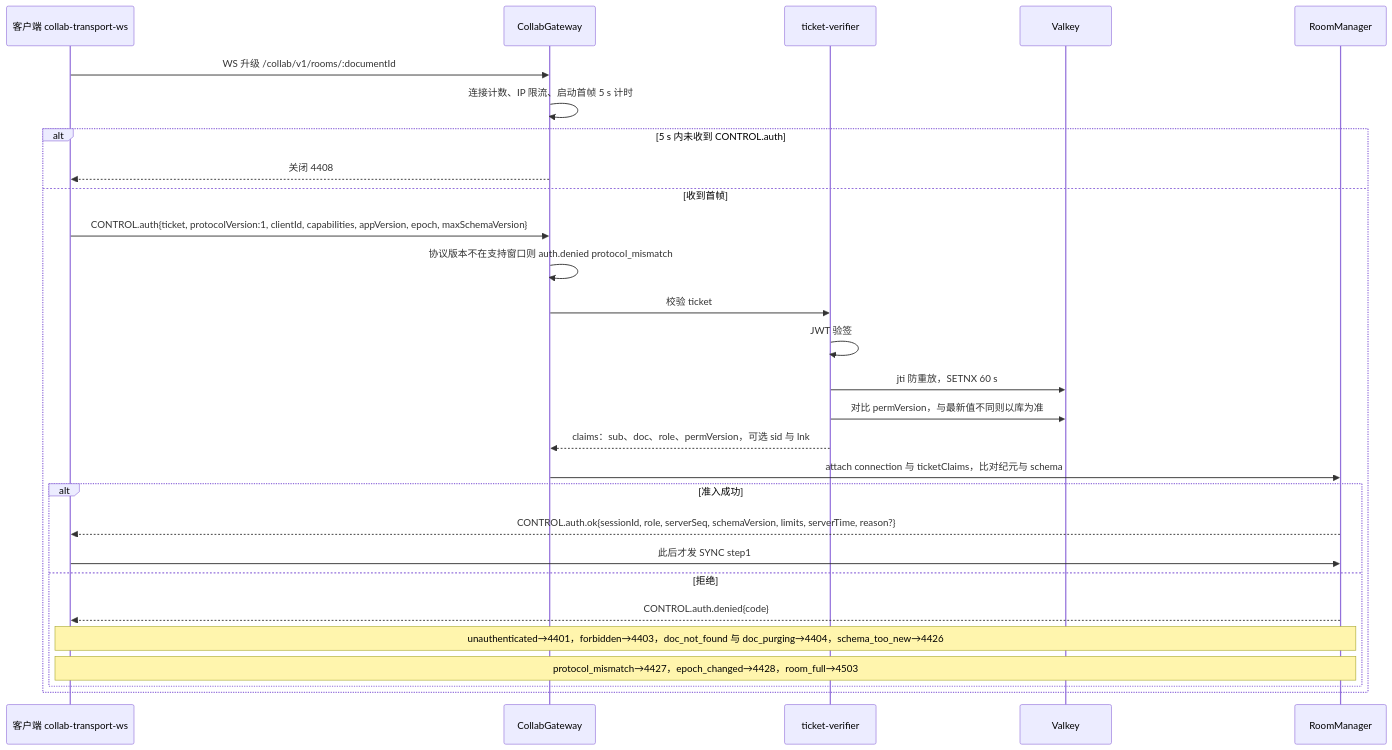
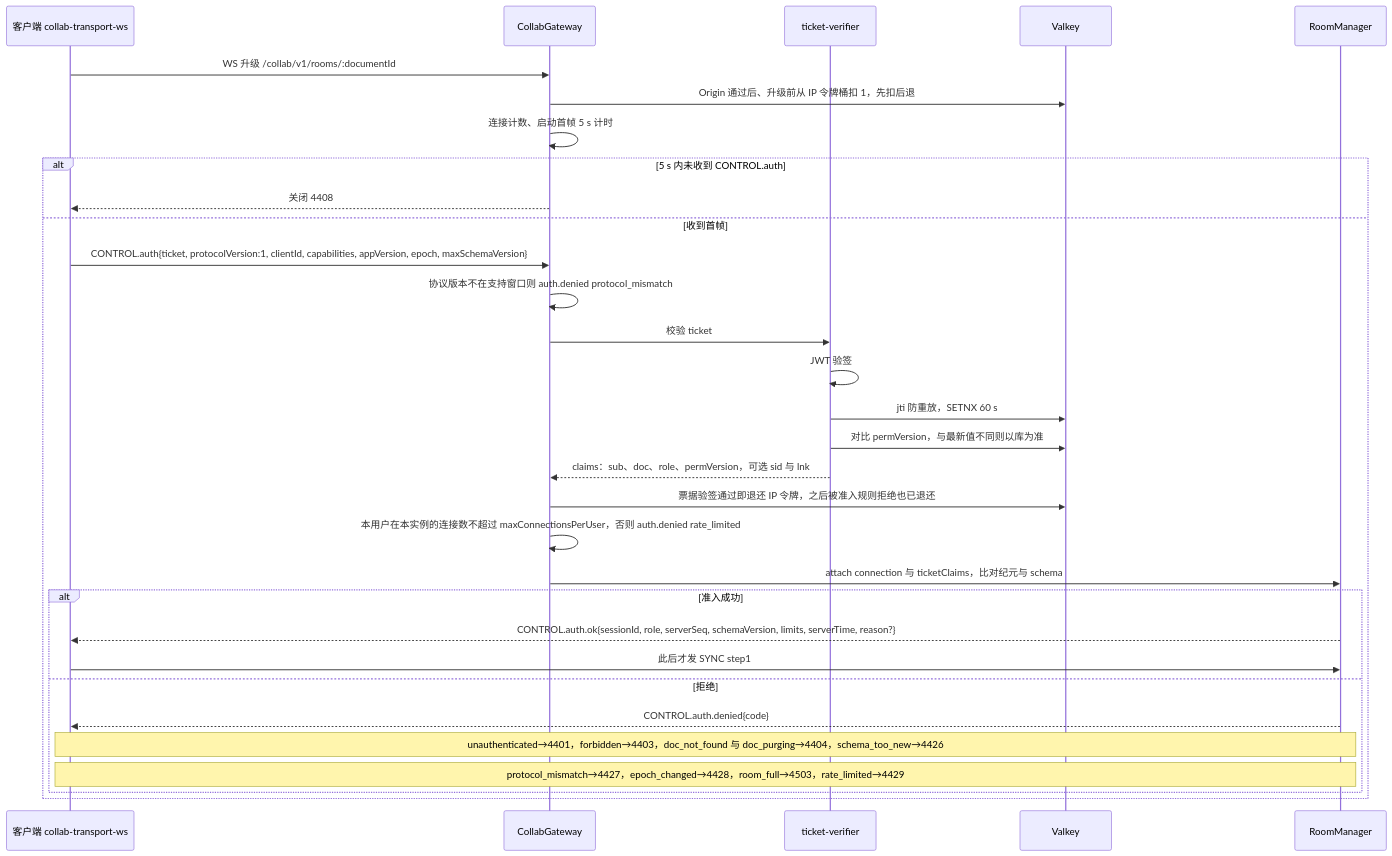
One commit to Xeonice/cordis-ppt-editor changed the seventh of 14 diagrams in docs/30-architecture/06-collaboration.md. Above: the diagram before and after it, drawn with Mermaid. The commit also changed other lines of this file and 59 other files, not shown here.

````diff
--- a/docs/30-architecture/06-collaboration.md
+++ b/docs/30-architecture/06-collaboration.md
@@ -646,30 +646,33 @@
 ```mermaid
 sequenceDiagram
   participant C as 客户端 collab-transport-ws
   participant G as CollabGateway
   participant TV as ticket-verifier
   participant VK as Valkey
   participant RM as RoomManager
   C->>G: WS 升级 /collab/v1/rooms/:documentId
-  G->>G: 连接计数、IP 限流、启动首帧 5 s 计时
+  G->>VK: Origin 通过后、升级前从 IP 令牌桶扣 1，先扣后退
+  G->>G: 连接计数、启动首帧 5 s 计时
   alt 5 s 内未收到 CONTROL.auth
     G-->>C: 关闭 4408
   else 收到首帧
     C->>G: CONTROL.auth{ticket, protocolVersion:1, clientId, capabilities, appVersion, epoch, maxSchemaVersion}
     G->>G: 协议版本不在支持窗口则 auth.denied protocol_mismatch
     G->>TV: 校验 ticket
     TV->>TV: JWT 验签
     TV->>VK: jti 防重放，SETNX 60 s
     TV->>VK: 对比 permVersion，与最新值不同则以库为准
     TV-->>G: claims：sub、doc、role、permVersion，可选 sid 与 lnk
+    G->>VK: 票据验签通过即退还 IP 令牌，之后被准入规则拒绝也已退还
+    G->>G: 本用户在本实例的连接数不超过 maxConnectionsPerUser，否则 auth.denied rate_limited
     G->>RM: attach connection 与 ticketClaims，比对纪元与 schema
     alt 准入成功
       RM-->>C: CONTROL.auth.ok{sessionId, role, serverSeq, schemaVersion, limits, serverTime, reason?}
       C->>RM: 此后才发 SYNC step1
     else 拒绝
       RM-->>C: CONTROL.auth.denied{code}
       Note over C,RM: unauthenticated→4401，forbidden→4403，doc_not_found 与 doc_purging→4404，schema_too_new→4426
-      Note over C,RM: protocol_mismatch→4427，epoch_changed→4428，room_full→4503
+      Note over C,RM: protocol_mismatch→4427，epoch_changed→4428，room_full→4503，rate_limited→4429
     end
   end
 ```
````
